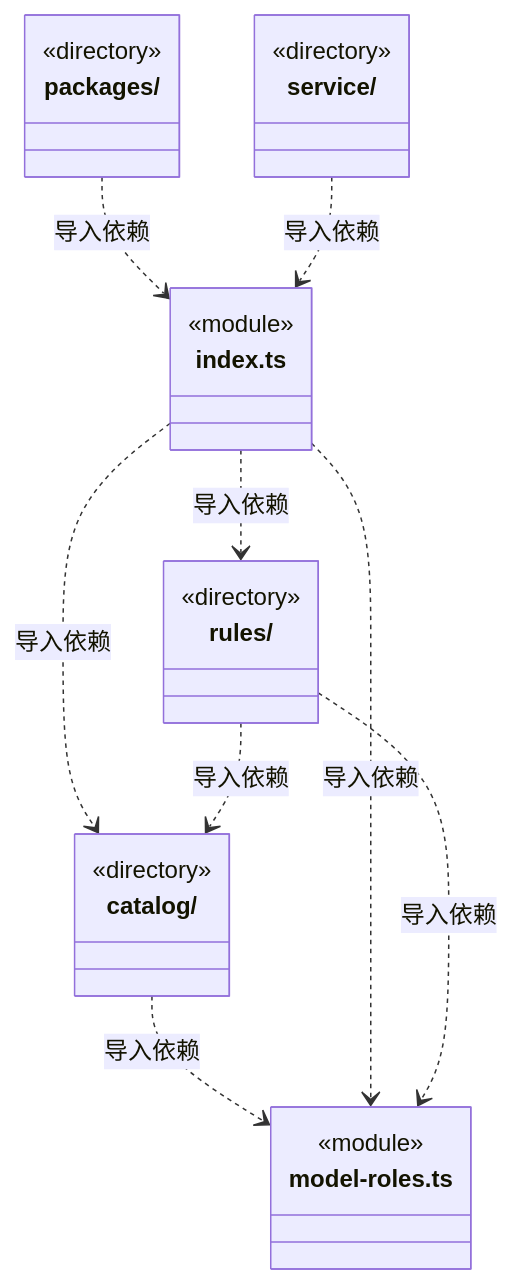
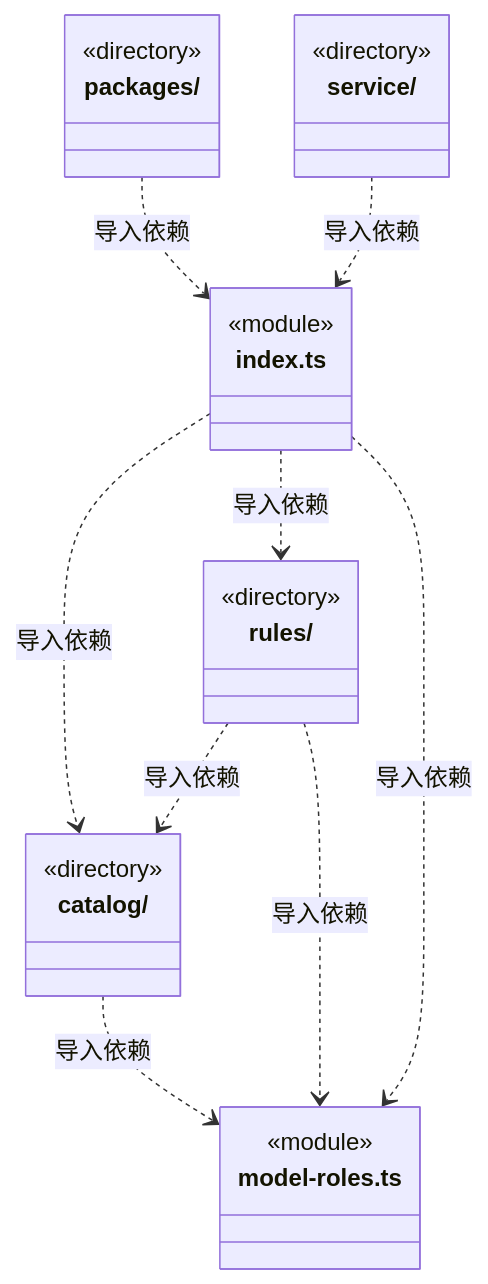
Before and after one commit to nan023062/cbim: the first of 3 diagrams in src/logic/engines/ARCHITECTURE.md, drawn with Mermaid. The commit also changed other lines of this file and 36 other files, not shown here.

````diff
--- a/src/logic/engines/ARCHITECTURE.md
+++ b/src/logic/engines/ARCHITECTURE.md
@@ -20,29 +20,29 @@
 ```mermaid
 classDiagram
 class N_src_logic_engines_catalog["catalog/"] {
   <<directory>>
 }
 class N_src_logic_engines_packages["packages/"] {
   <<directory>>
 }
 class N_src_logic_engines_rules["rules/"] {
   <<directory>>
 }
 class N_src_logic_engines_service["service/"] {
   <<directory>>
 }
 class N_src_logic_engines_index_ts["index.ts"] {
   <<module>>
 }
 class N_src_logic_engines_model_roles_ts["model-roles.ts"] {
   <<module>>
 }
 N_src_logic_engines_catalog ..> N_src_logic_engines_model_roles_ts : 导入依赖
 N_src_logic_engines_index_ts ..> N_src_logic_engines_catalog : 导入依赖
 N_src_logic_engines_index_ts ..> N_src_logic_engines_rules : 导入依赖
 N_src_logic_engines_index_ts ..> N_src_logic_engines_model_roles_ts : 导入依赖
 N_src_logic_engines_packages ..> N_src_logic_engines_index_ts : 导入依赖
+N_src_logic_engines_rules ..> N_src_logic_engines_catalog : 导入依赖
 N_src_logic_engines_rules ..> N_src_logic_engines_model_roles_ts : 导入依赖
-N_src_logic_engines_rules ..> N_src_logic_engines_catalog : 导入依赖
 N_src_logic_engines_service ..> N_src_logic_engines_index_ts : 导入依赖
 ```
````
